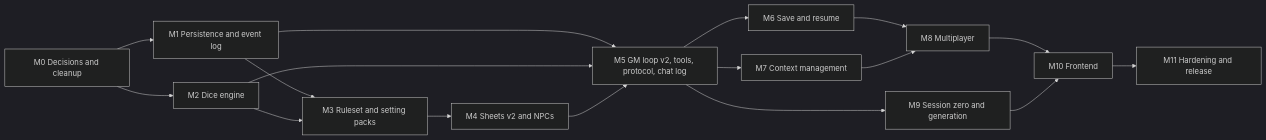
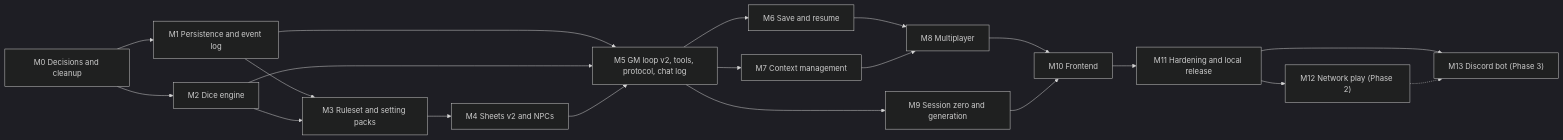
One commit to misears/Storyteller-AI-Agent changed the sixth of 6 diagrams in docs/STORYTELLER_PLAN.md. Above: the diagram before and after it, drawn with Mermaid (dark theme). The commit also changed other lines of this file and 1 other file, not shown here.

Commit message:
docs: phase plan per owner decision — single computer first, then network and Discord bot

````diff
--- a/docs/STORYTELLER_PLAN.md
+++ b/docs/STORYTELLER_PLAN.md
@@ -1641,19 +1682,22 @@
 ```mermaid
 flowchart LR
     M0["M0 Decisions and cleanup"] --> M1["M1 Persistence and event log"]
     M0 --> M2["M2 Dice engine"]
     M1 --> M3["M3 Ruleset and setting packs"]
     M2 --> M3
     M3 --> M4["M4 Sheets v2 and NPCs"]
     M1 --> M5["M5 GM loop v2, tools, protocol, chat log"]
     M2 --> M5
     M4 --> M5
     M5 --> M6["M6 Save and resume"]
     M5 --> M7["M7 Context management"]
     M6 --> M8["M8 Multiplayer"]
     M7 --> M8
     M5 --> M9["M9 Session zero and generation"]
     M8 --> M10["M10 Frontend"]
     M9 --> M10
-    M10 --> M11["M11 Hardening and release"]
+    M10 --> M11["M11 Hardening and local release"]
+    M11 --> M12["M12 Network play (Phase 2)"]
+    M11 --> M13["M13 Discord bot (Phase 3)"]
+    M12 -.-> M13
 ```
````
